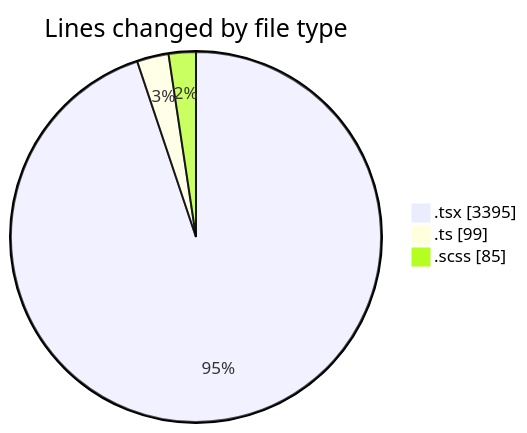
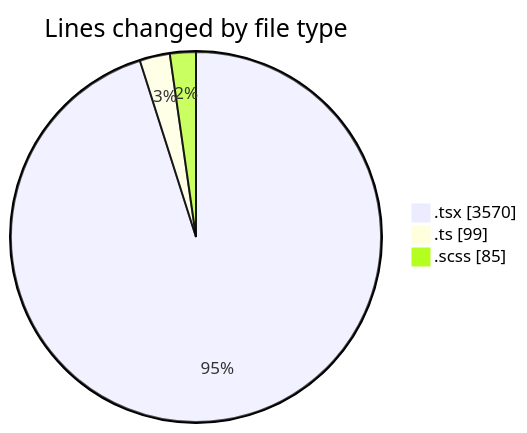
One commit to momahboobian/code-tracking changed the first of 2 diagrams in 2025-02-11/cda/README.md. Above: the diagram before and after it, drawn with Mermaid. The commit also changed other lines of this file and 1 other file, not shown here.

````diff
--- a/2025-02-11/cda/README.md
+++ b/2025-02-11/cda/README.md
@@ -24,7 +24,7 @@
 ```mermaid
 pie showData
 title Lines changed by file type
-".tsx" : 3395
+".tsx" : 3570
 ".ts" : 99
 ".scss" : 85
 ```
````
